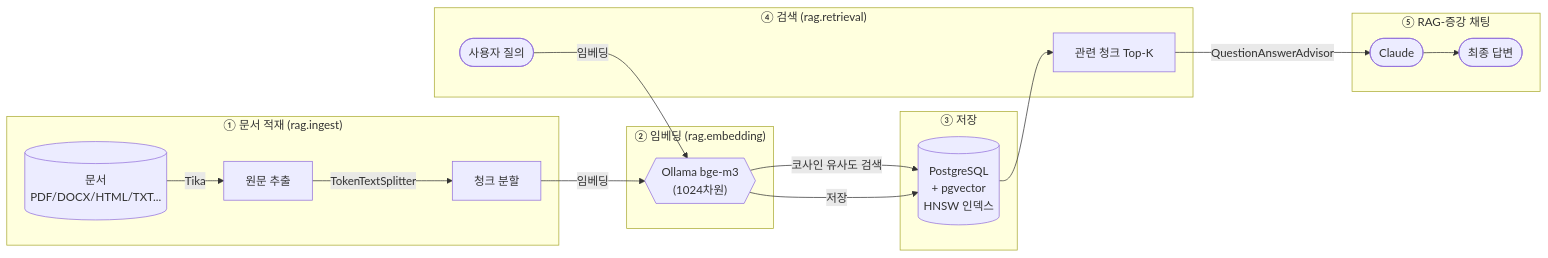
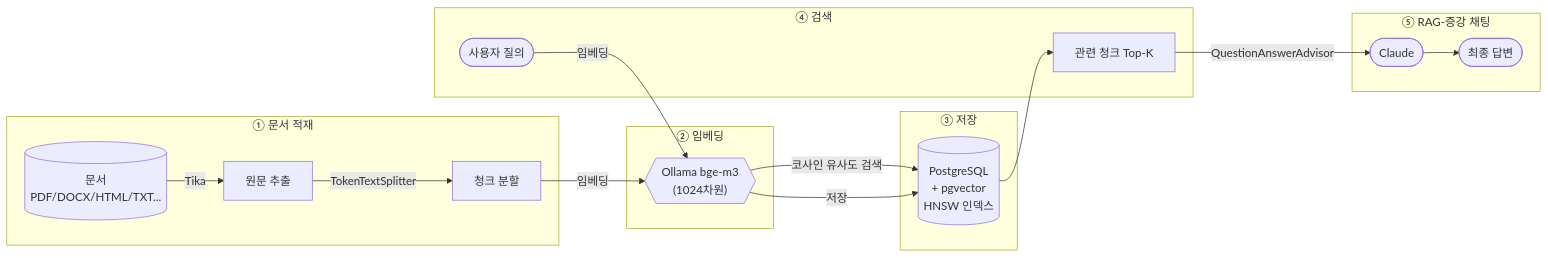
One commit to YongSoekChoeng/dstone changed the fourth of 16 diagrams in docs/09.dstone-ai-engine.md. Above: the diagram before and after it, drawn with Mermaid. The commit also changed other lines of this file and 12 other files, not shown here.

````diff
--- a/docs/09.dstone-ai-engine.md
+++ b/docs/09.dstone-ai-engine.md
@@ -238,25 +242,25 @@
 ```mermaid
 flowchart LR
-    subgraph Ingest["① 문서 적재 (rag.ingest)"]
+    subgraph Ingest["① 문서 적재"]
         Doc[("문서<br/>PDF/DOCX/HTML/TXT...")] -->|Tika| Extract["원문 추출"]
         Extract -->|TokenTextSplitter| Chunk["청크 분할"]
     end
-    subgraph Embed["② 임베딩 (rag.embedding)"]
+    subgraph Embed["② 임베딩"]
         Model{{"Ollama bge-m3<br/>(1024차원)"}}
     end
     subgraph Store["③ 저장"]
         PG[("PostgreSQL<br/>+ pgvector<br/>HNSW 인덱스")]
     end
-    subgraph Retrieve["④ 검색 (rag.retrieval)"]
+    subgraph Retrieve["④ 검색"]
         Query(["사용자 질의"]) -->|임베딩| Model
         Model -->|코사인 유사도 검색| PG
         PG --> Result["관련 청크 Top-K"]
     end
     subgraph Chat["⑤ RAG-증강 채팅"]
         Result -->|QuestionAnswerAdvisor| LLM(["Claude"])
         LLM --> Answer(["최종 답변"])
     end
 
     Chunk -->|임베딩| Model
     Model -->|저장| PG
 ```
````
